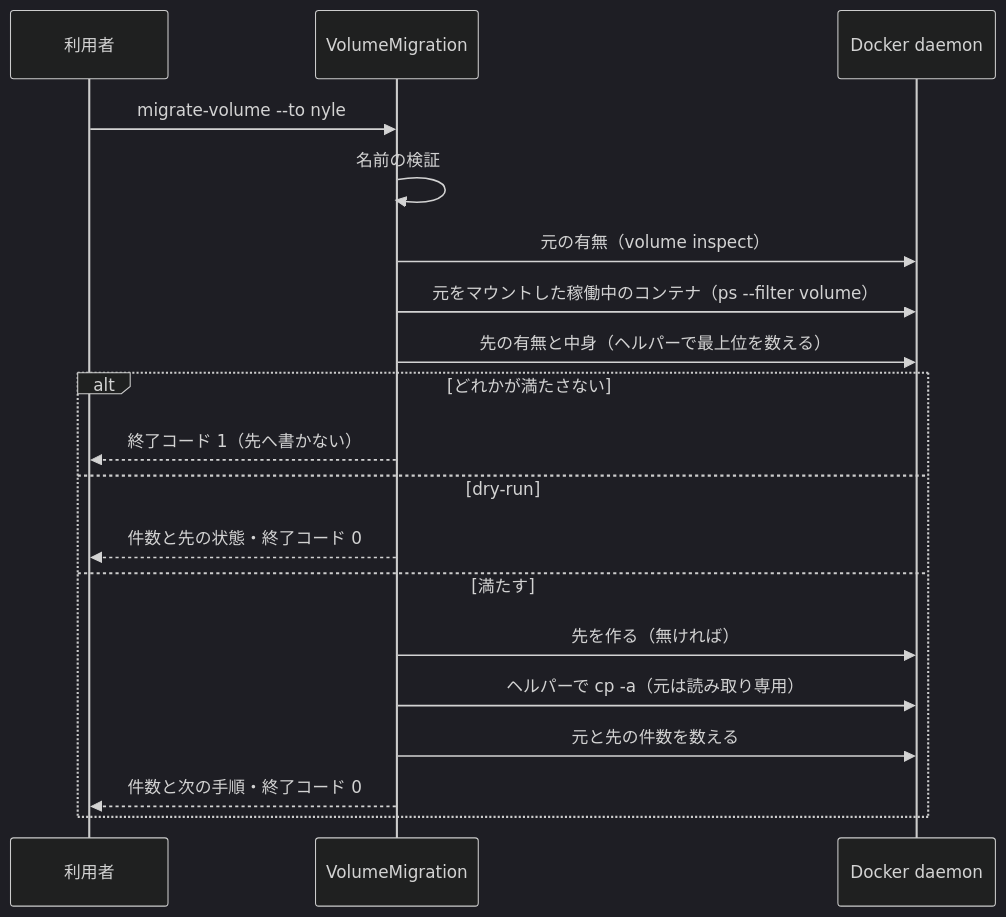
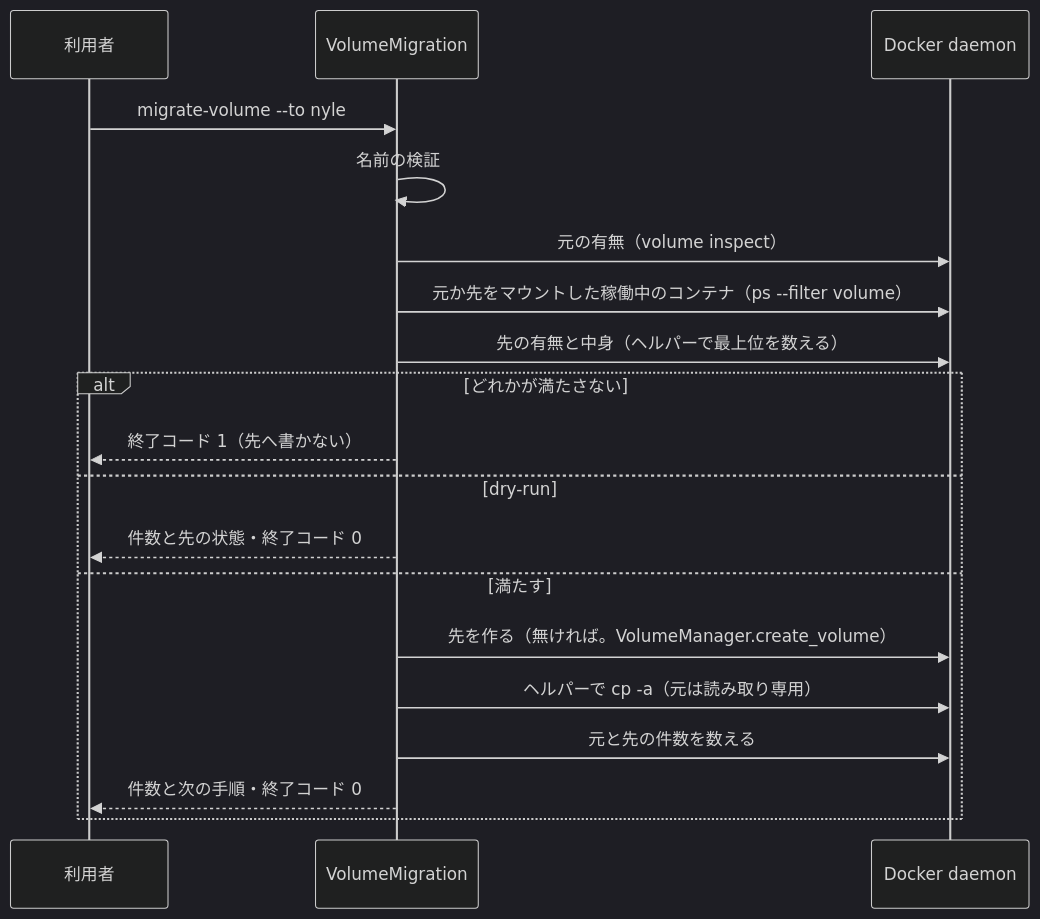
One commit to devbasex/devbase changed the seventh of 8 diagrams in issues/issue-315-design.md. Above: the diagram before and after it, drawn with Mermaid (dark theme). The commit also changed other lines of this file and 2 other files, not shown here.

````diff
--- a/issues/issue-315-design.md
+++ b/issues/issue-315-design.md
@@ -449,21 +462,21 @@
 ```mermaid
 sequenceDiagram
     participant U as 利用者
     participant M as VolumeMigration
     participant D as Docker daemon
     U->>M: migrate-volume --to nyle
     M->>M: 名前の検証
     M->>D: 元の有無（volume inspect）
-    M->>D: 元をマウントした稼働中のコンテナ（ps --filter volume）
+    M->>D: 元か先をマウントした稼働中のコンテナ（ps --filter volume）
     M->>D: 先の有無と中身（ヘルパーで最上位を数える）
     alt どれかが満たさない
         M-->>U: 終了コード 1（先へ書かない）
     else dry-run
         M-->>U: 件数と先の状態・終了コード 0
     else 満たす
-        M->>D: 先を作る（無ければ）
+        M->>D: 先を作る（無ければ。VolumeManager.create_volume）
         M->>D: ヘルパーで cp -a（元は読み取り専用）
         M->>D: 元と先の件数を数える
         M-->>U: 件数と次の手順・終了コード 0
     end
 ```
````
